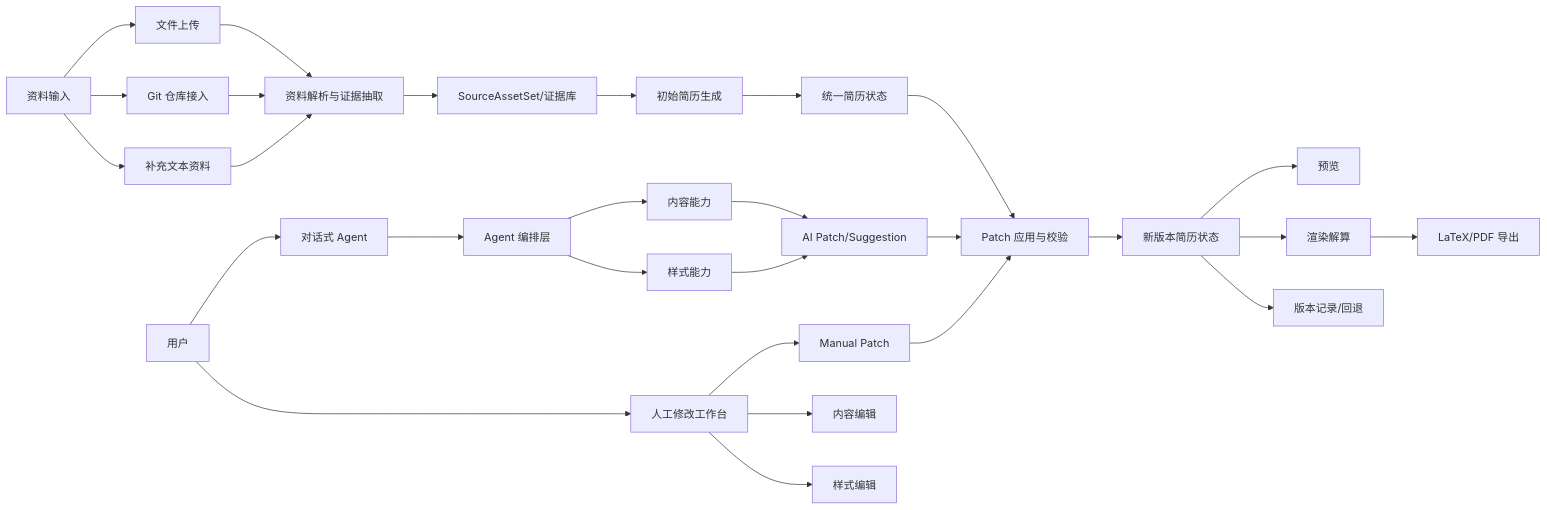
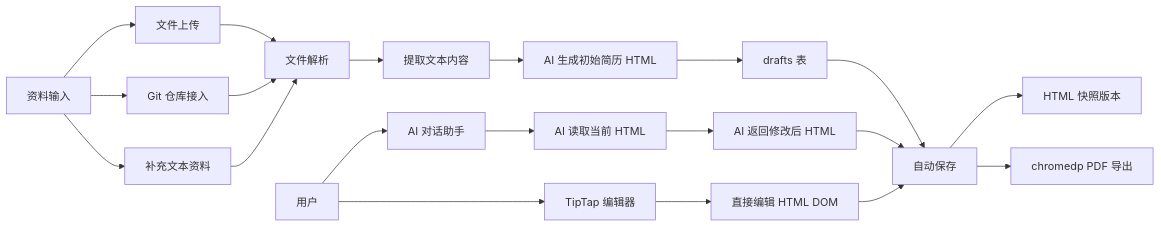
The first of 3 diagrams in docs/01-product/product-logic-diagrams.md (MEO-wj/ResumeGenius), drawn with Mermaid before and after one commit. The commit also changed other lines of this file and 24 other files, not shown here.

````diff
--- a/docs/01-product/product-logic-diagrams.md
+++ b/docs/01-product/product-logic-diagrams.md
@@ -9,39 +9,31 @@
 ```mermaid
 flowchart LR
-    A[用户] --> B[对话式 Agent]
-    A --> C[人工修改工作台]
+    A[用户] --> B[AI 对话助手]
+    A --> C[TipTap 编辑器]
 
     D[资料输入]
     D --> D1[文件上传]
     D --> D2[Git 仓库接入]
     D --> D3[补充文本资料]
 
-    D1 --> E[资料解析与证据抽取]
+    D1 --> E[文件解析]
     D2 --> E
     D3 --> E
 
-    E --> F[SourceAssetSet/证据库]
-    F --> G[初始简历生成]
+    E --> F[提取文本内容]
+    F --> G[AI 生成初始简历 HTML]
 
-    G --> H[统一简历状态]
+    G --> H[drafts 表]
 
-    B --> I[Agent 编排层]
-    I --> J[内容能力]
-    I --> K[样式能力]
-    J --> L[AI Patch/Suggestion]
+    B --> I[AI 读取当前 HTML]
+    I --> J[AI 返回修改后 HTML]
+
+    C --> K[直接编辑 HTML DOM]
+
+    H --> L[自动保存]
+    J --> L
     K --> L
 
-    C --> M[Manual Patch]
-    C --> N[内容编辑]
-    C --> O[样式编辑]
-
-    H --> P[Patch 应用与校验]
-    L --> P
-    M --> P
-
-    P --> Q[新版本简历状态]
-    Q --> R[预览]
-    Q --> S[渲染解算]
-    S --> T[LaTeX/PDF 导出]
-    Q --> U[版本记录/回退]
+    L --> M[HTML 快照版本]
+    L --> N[chromedp PDF 导出]
 ```
````
